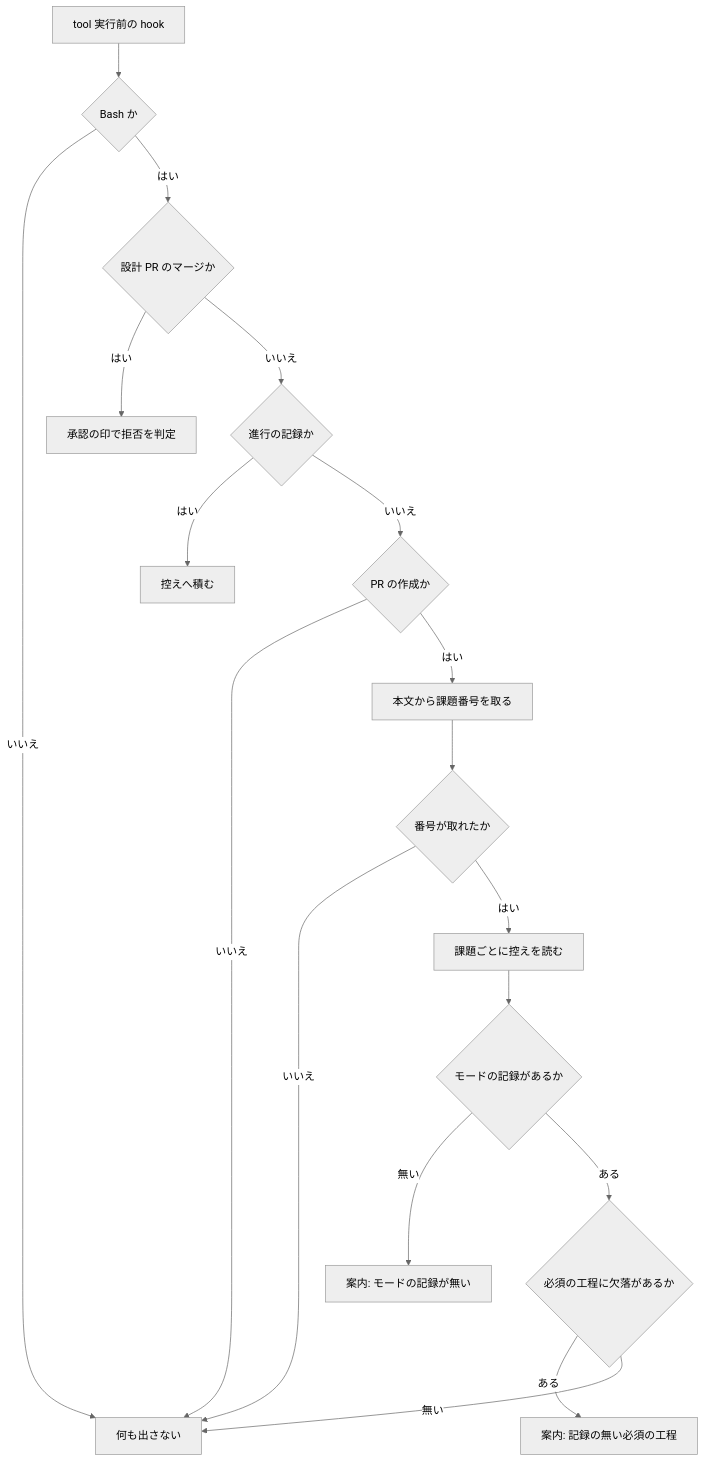
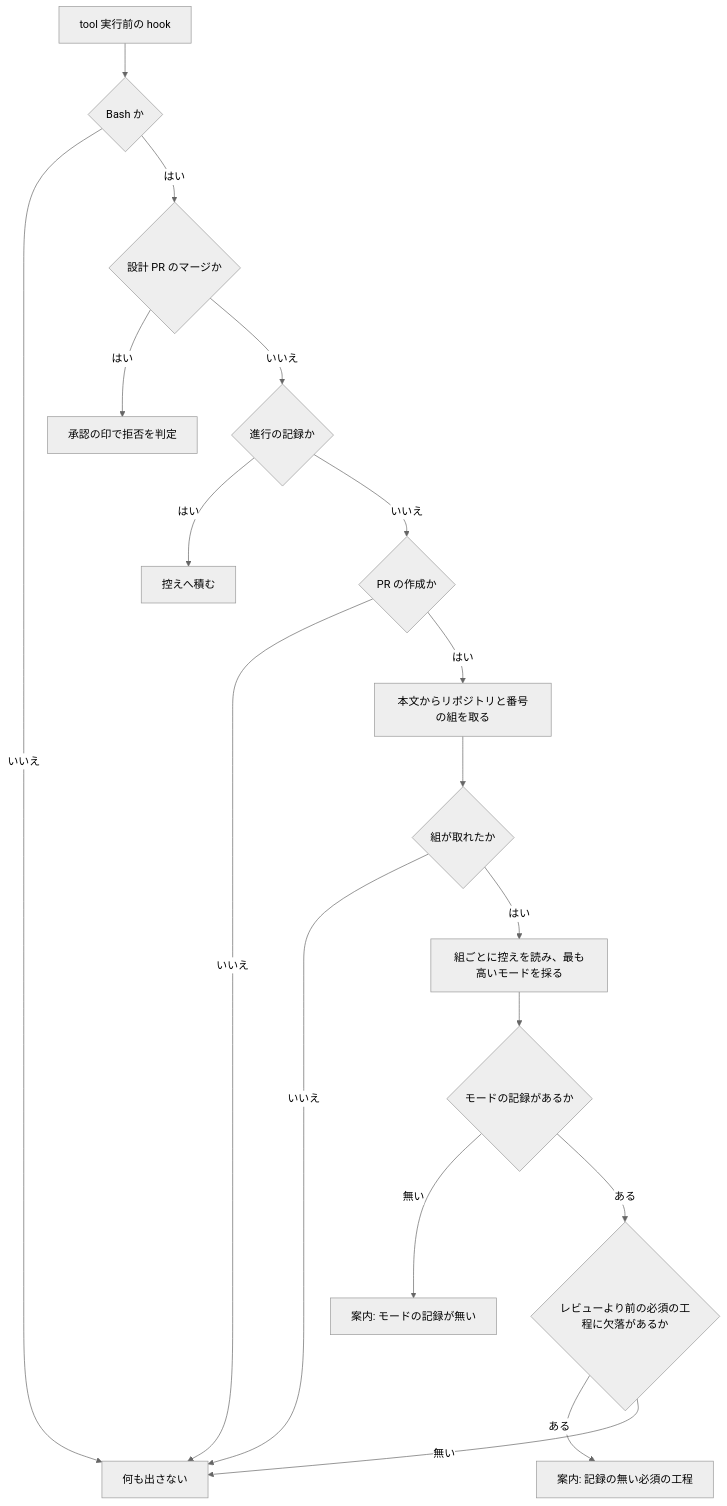
The diagram in issues/issue-418-417-workflow-gate.md (devbasex/ai-plugins), drawn with Mermaid (neutral theme) before and after one commit. The commit also changed other lines of this file, not shown here.

````diff
--- a/issues/issue-418-417-workflow-gate.md
+++ b/issues/issue-418-417-workflow-gate.md
@@ -166,20 +184,20 @@
 ```mermaid
 flowchart TD
     A[tool 実行前の hook] --> B{Bash か}
     B -->|いいえ| Z[何も出さない]
     B -->|はい| C{設計 PR のマージか}
     C -->|はい| D[承認の印で拒否を判定]
     C -->|いいえ| E{進行の記録か}
     E -->|はい| F[控えへ積む]
     E -->|いいえ| G{PR の作成か}
     G -->|いいえ| Z
-    G -->|はい| H[本文から課題番号を取る]
-    H --> I{番号が取れたか}
+    G -->|はい| H[本文からリポジトリと番号の組を取る]
+    H --> I{組が取れたか}
     I -->|いいえ| Z
-    I -->|はい| J[課題ごとに控えを読む]
+    I -->|はい| J[組ごとに控えを読み、最も高いモードを採る]
     J --> K{モードの記録があるか}
     K -->|無い| L[案内: モードの記録が無い]
-    K -->|ある| M{必須の工程に欠落があるか}
+    K -->|ある| M{レビューより前の必須の工程に欠落があるか}
     M -->|ある| N[案内: 記録の無い必須の工程]
     M -->|無い| Z
 ```
````
